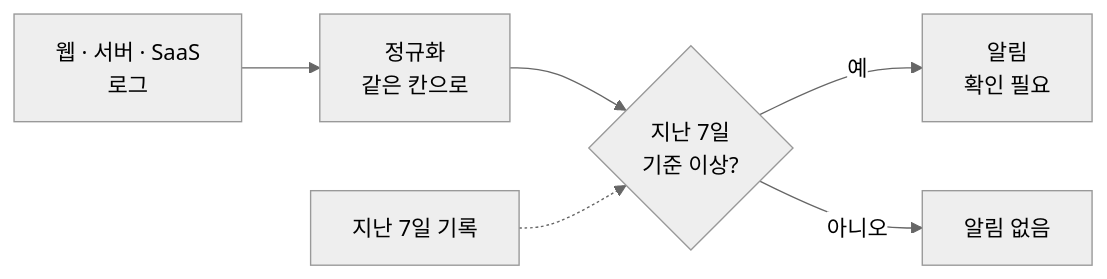
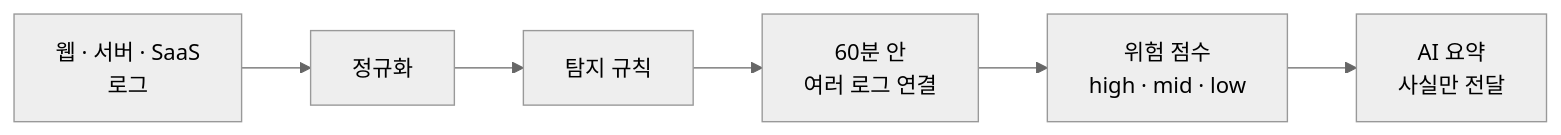
Before and after one commit to mdkk0220/security-agent-toolkit: the fourth of 5 diagrams in Readme.md, drawn with Mermaid (neutral theme). The commit also changed other lines of this file and 11 other files, not shown here.

````diff
--- a/Readme.md
+++ b/Readme.md
@@ -74,8 +74,8 @@
 ```mermaid
 flowchart LR
-    A["웹 · 서버 · SaaS<br/>로그"] --> B["정규화<br/>같은 칸으로"]
-    B --> C{"지난 7일<br/>기준 이상?"}
-    H["지난 7일 기록"] -.-> C
-    C -- 예 --> D["알림<br/>확인 필요"]
-    C -- 아니오 --> E["알림 없음"]
+    A["웹 · 서버 · SaaS<br/>로그"] --> B["정규화"]
+    B --> C["탐지 규칙"]
+    C --> D["60분 안<br/>여러 로그 연결"]
+    D --> E["위험 점수<br/>high · mid · low"]
+    E --> F["AI 요약<br/>사실만 전달"]
 ```
````
